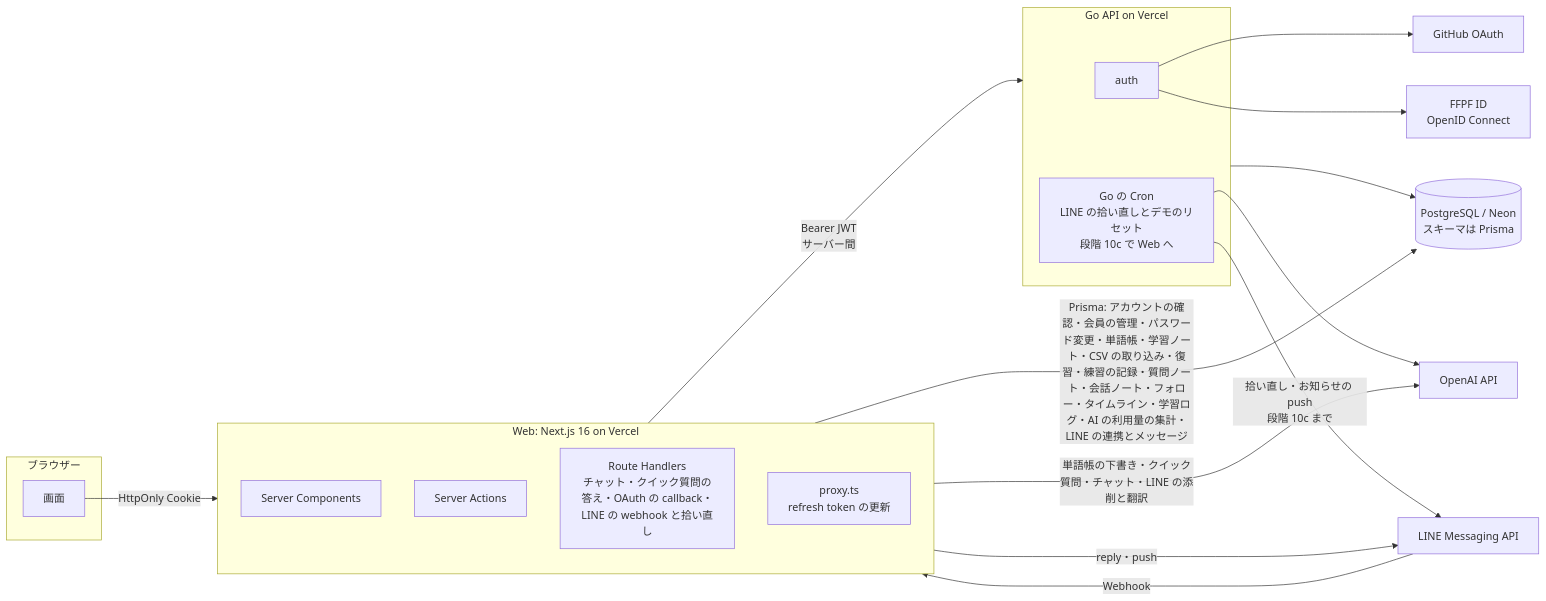
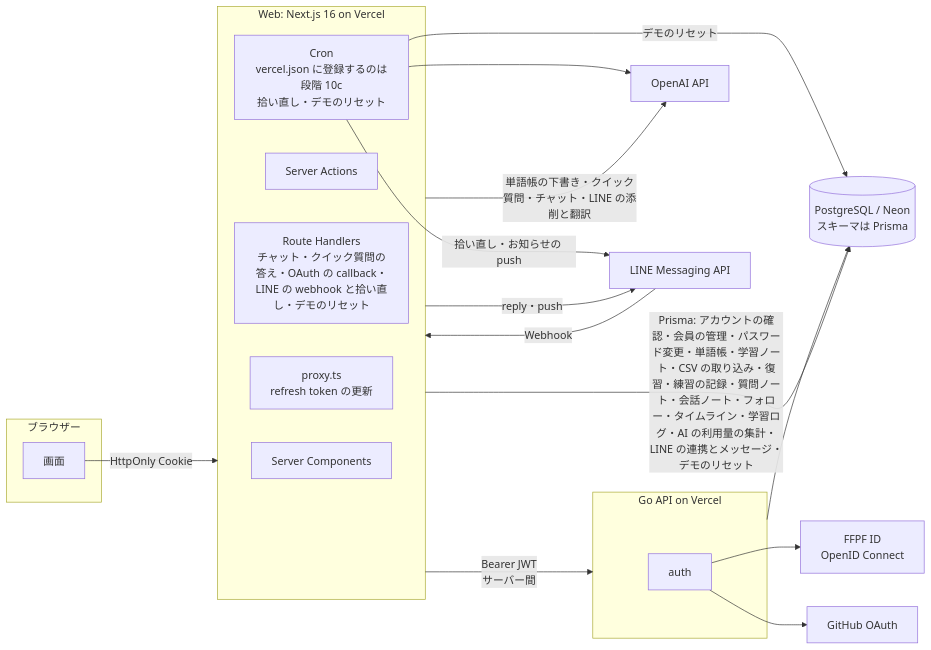
One commit to Sparklingstadt/ffpf-zhuelog changed the first of 2 diagrams in docs/architecture.md. Above: the diagram before and after it, drawn with Mermaid. The commit also changed other lines of this file and 108 other files, not shown here.

First line of the commit message:
Go 廃止の段階 10b：デモのリセットを Web に移し、Go の LINE と cron を消す (#179)

````diff
--- a/docs/architecture.md
+++ b/docs/architecture.md
@@ -7,33 +7,34 @@
 ```mermaid
 flowchart LR
   subgraph Browser[ブラウザー]
     UI[画面]
   end
   subgraph Web[Web: Next.js 16 on Vercel]
     RSC[Server Components]
     SA[Server Actions]
-    RH[Route Handlers<br/>チャット・クイック質問の答え・OAuth の callback・LINE の webhook と拾い直し]
+    RH[Route Handlers<br/>チャット・クイック質問の答え・OAuth の callback・LINE の webhook と拾い直し・デモのリセット]
     PX[proxy.ts<br/>refresh token の更新]
+    CRON[Cron<br/>vercel.json に登録するのは段階 10c<br/>拾い直し・デモのリセット]
   end
   subgraph API[Go API on Vercel]
     AUTH[auth]
-    CRON[Go の Cron<br/>LINE の拾い直しとデモのリセット<br/>段階 10c で Web へ]
   end
   DB[(PostgreSQL / Neon<br/>スキーマは Prisma)]
   OpenAI[OpenAI API]
   LINE[LINE Messaging API]
   GH[GitHub OAuth]
   FFPF[FFPF ID<br/>OpenID Connect]
 
   UI -->|HttpOnly Cookie| Web
   Web -->|Bearer JWT<br/>サーバー間| API
   API --> DB
-  Web -->|Prisma: アカウントの確認・会員の管理・パスワード変更・単語帳・学習ノート・CSV の取り込み・復習・練習の記録・質問ノート・会話ノート・フォロー・タイムライン・学習ログ・AI の利用量の集計・LINE の連携とメッセージ| DB
+  Web -->|Prisma: アカウントの確認・会員の管理・パスワード変更・単語帳・学習ノート・CSV の取り込み・復習・練習の記録・質問ノート・会話ノート・フォロー・タイムライン・学習ログ・AI の利用量の集計・LINE の連携とメッセージ・デモのリセット| DB
   Web -->|単語帳の下書き・クイック質問・チャット・LINE の添削と翻訳| OpenAI
   LINE -->|Webhook| Web
   Web -->|reply・push| LINE
-  CRON -->|拾い直し・お知らせの push<br/>段階 10c まで| LINE
+  CRON -->|拾い直し・お知らせの push| LINE
   CRON --> OpenAI
+  CRON -->|デモのリセット| DB
   AUTH --> GH
   AUTH --> FFPF
 ```
````
